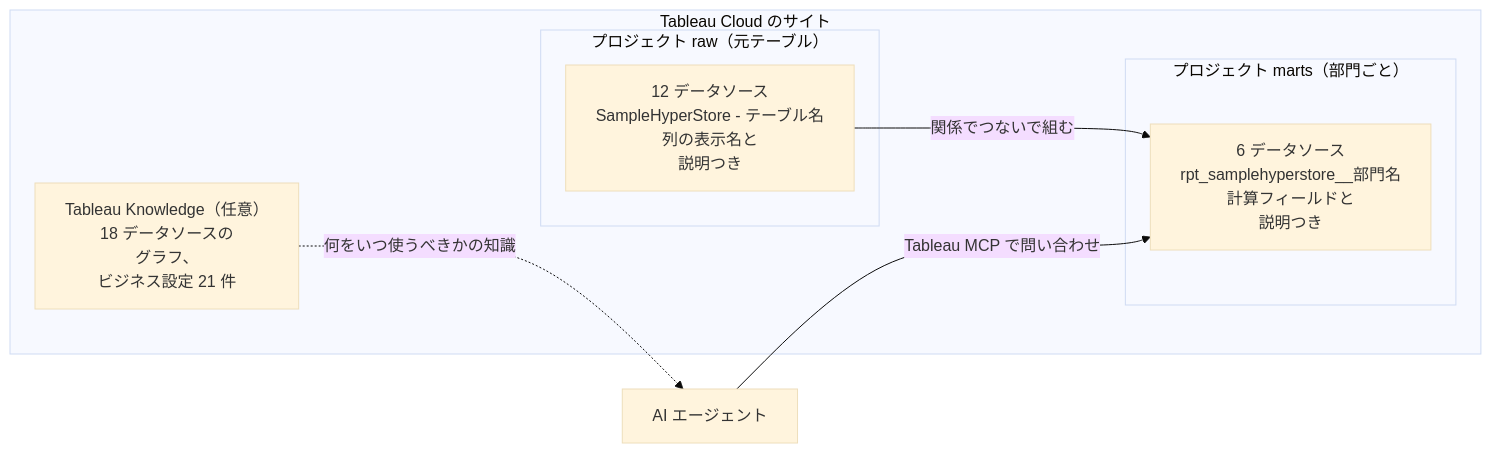
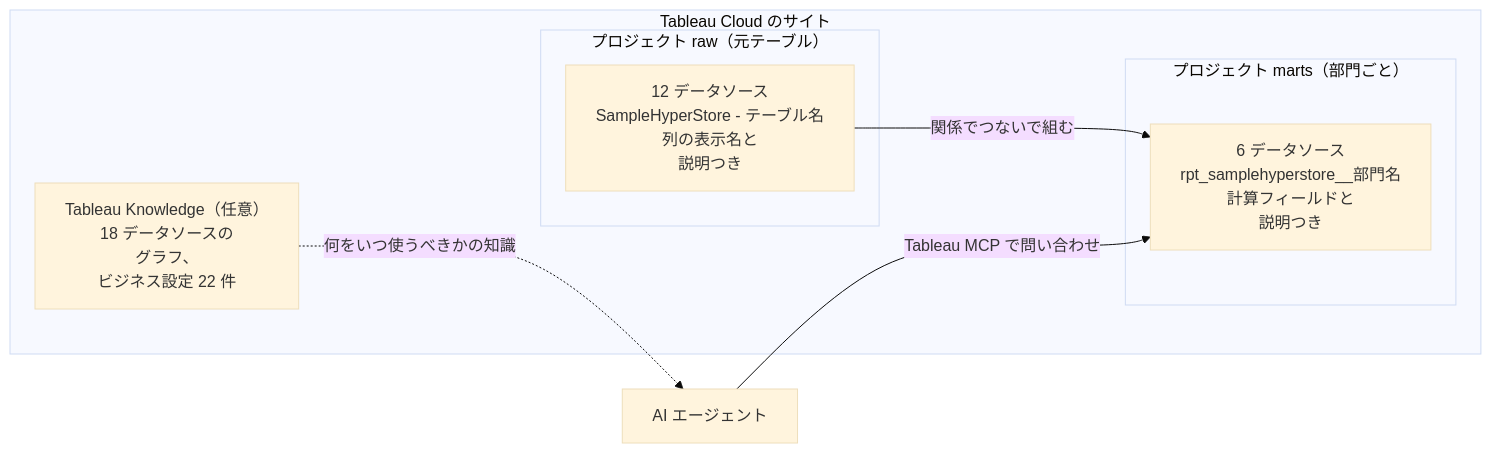
The fourth of 4 diagrams in ja/README.md (YoshitakaArakawa/SampleHyperStore), drawn with Mermaid (base theme) before and after one commit. The commit also changed 14 other files, not shown here.

````diff
--- a/ja/README.md
+++ b/ja/README.md
@@ -93,16 +93,16 @@
 ```mermaid
 %%{init: {"flowchart": {"wrappingWidth": 400}}}%%
 flowchart LR
     subgraph site["Tableau Cloud のサイト"]
         subgraph raw["プロジェクト raw（元テーブル）"]
             R["12 データソース<br/>SampleHyperStore - テーブル名<br/>列の表示名と<br/>説明つき"]
         end
         subgraph marts["プロジェクト marts（部門ごと）"]
             M["6 データソース<br/>rpt_samplehyperstore__部門名<br/>計算フィールドと<br/>説明つき"]
         end
-        K["Tableau Knowledge（任意）<br/>18 データソースの<br/>グラフ、<br/>ビジネス設定 21 件"]
+        K["Tableau Knowledge（任意）<br/>18 データソースの<br/>グラフ、<br/>ビジネス設定 22 件"]
     end
     R -- "関係でつないで組む" --> M
     AI["AI エージェント"] -- "Tableau MCP で問い合わせ" --> M
     K -. "何をいつ使うべきかの知識" .-> AI
 ```
````
